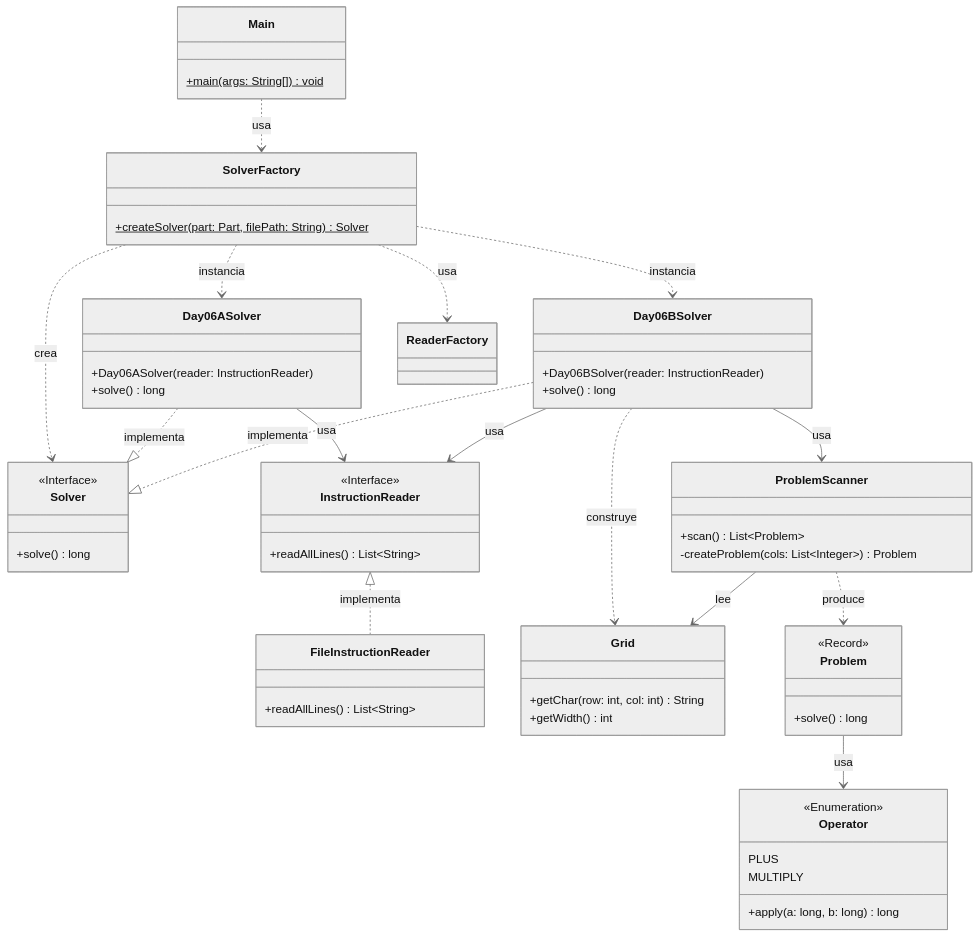
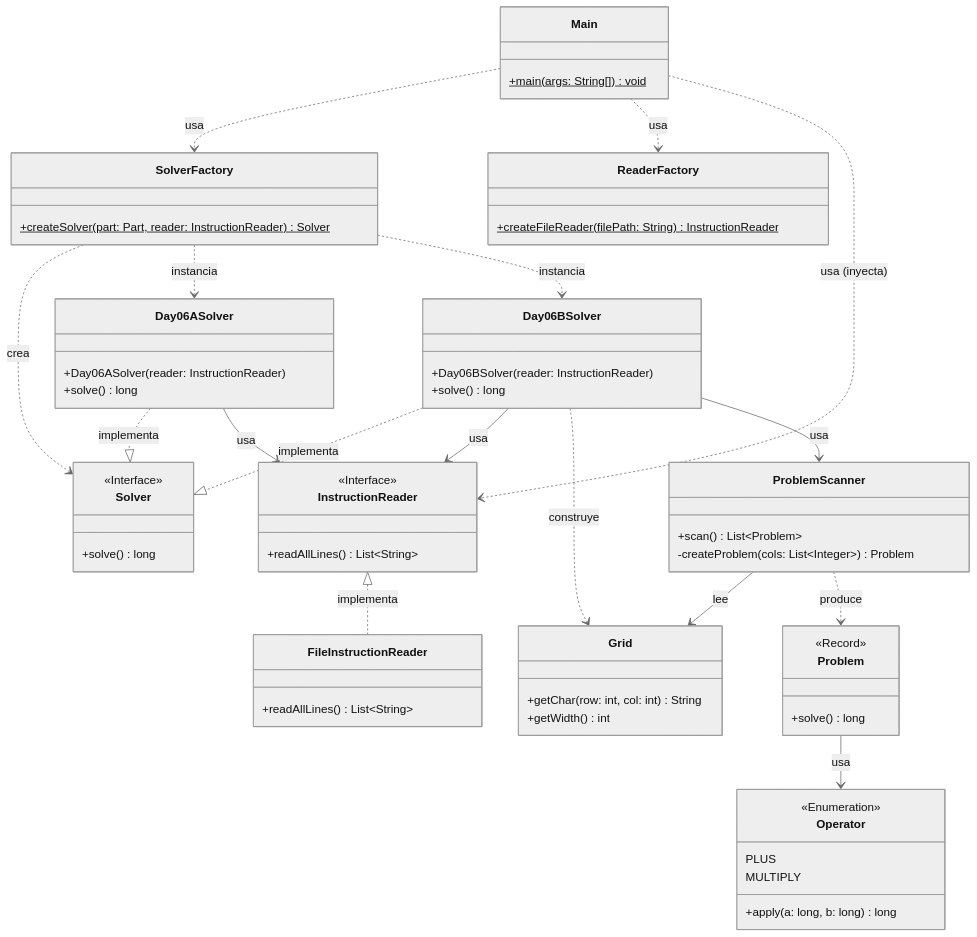
One commit to Carlossr2401/AOC2025 changed the diagram in src/main/java/software/aoc/day06/README.md. Above: the diagram before and after it, drawn with Mermaid (neutral theme). The commit also changed other lines of this file and 53 other files, not shown here.

````diff
--- a/src/main/java/software/aoc/day06/README.md
+++ b/src/main/java/software/aoc/day06/README.md
@@ -47,76 +49,81 @@
 ```mermaid
 classDiagram
     class Main {
         +main(args: String[]) void$
     }
 
     class SolverFactory {
-        +createSolver(part: Part, filePath: String) Solver$
+        +createSolver(part: Part, reader: InstructionReader) Solver$
+    }
+
+    class ReaderFactory {
+        +createFileReader(filePath: String) InstructionReader$
     }
 
     class Solver {
         <<Interface>>
         +solve() long
     }
 
     class Day06ASolver {
         +Day06ASolver(reader: InstructionReader)
         +solve() long
     }
 
     class Day06BSolver {
         +Day06BSolver(reader: InstructionReader)
         +solve() long
     }
 
     class InstructionReader {
         <<Interface>>
         +readAllLines() List~String~
     }
 
     class FileInstructionReader {
         +readAllLines() List~String~
     }
 
     class Grid {
         +getChar(row: int, col: int) String
         +getWidth() int
     }
 
     class ProblemScanner {
         +scan() List~Problem~
         -createProblem(cols: List~Integer~) Problem
     }
 
     class Problem {
         <<Record>>
         +solve() long
     }
 
     class Operator {
         <<Enumeration>>
         PLUS
         MULTIPLY
         +apply(a: long, b: long) long
     }
 
     %% Relaciones
     Main ..> SolverFactory : usa
+    Main ..> ReaderFactory : usa
+    Main ..> InstructionReader : usa (inyecta)
     SolverFactory ..> Solver : crea
     SolverFactory ..> Day06ASolver : instancia
     SolverFactory ..> Day06BSolver : instancia
-    SolverFactory ..> ReaderFactory : usa
 
     Day06ASolver ..|> Solver : implementa
     Day06BSolver ..|> Solver : implementa
 
     Day06ASolver --> InstructionReader : usa
     Day06BSolver --> InstructionReader : usa
     InstructionReader <|.. FileInstructionReader : implementa
 
     Day06BSolver ..> Grid : construye
     Day06BSolver --> ProblemScanner : usa
     ProblemScanner --> Grid : lee
     ProblemScanner ..> Problem : produce
     Problem --> Operator : usa
 ```
````
